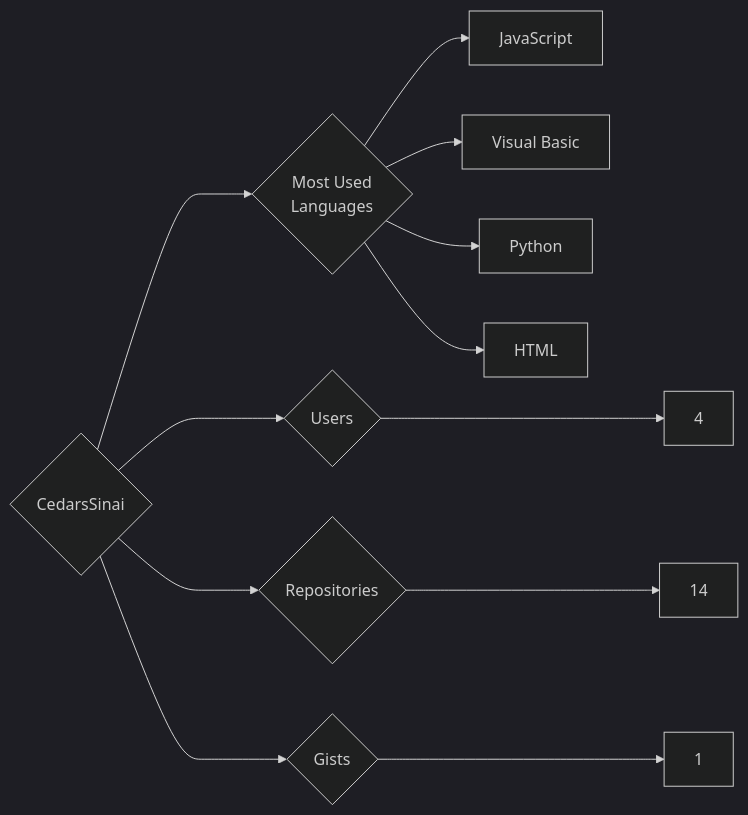
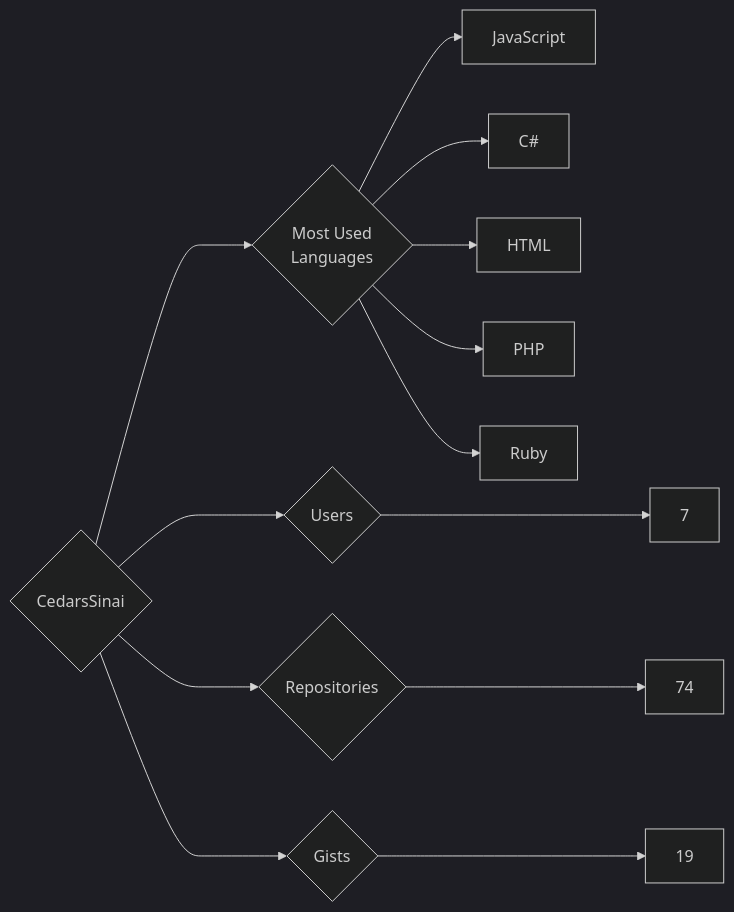
Before and after one commit to trickest/insiders: the diagram in targets/CedarsSinai/README.md, drawn with Mermaid (dark theme). The commit also changed 1238 other files, not shown here.

````diff
--- a/targets/CedarsSinai/README.md
+++ b/targets/CedarsSinai/README.md
@@ -3,12 +3,13 @@
 ```mermaid
 graph LR
 COMPANY_NAME{CedarsSinai}
-COMPANY_NAME ---> U{Users} ---> UN[4]
-COMPANY_NAME ---> R{Repositories} ---> RN[14]
-COMPANY_NAME ---> G{Gists} ---> GN[1]
+COMPANY_NAME ---> U{Users} ---> UN[7]
+COMPANY_NAME ---> R{Repositories} ---> RN[74]
+COMPANY_NAME ---> G{Gists} ---> GN[19]
 COMPANY_NAME ---> ML{Most Used<br>Languages}
 ML --> JavaScript[JavaScript]
-ML --> Visual_Basic[Visual Basic]
-ML --> Python[Python]
+ML --> C#[C#]
 ML --> HTML[HTML]
+ML --> PHP[PHP]
+ML --> Ruby[Ruby]
 ```
````
